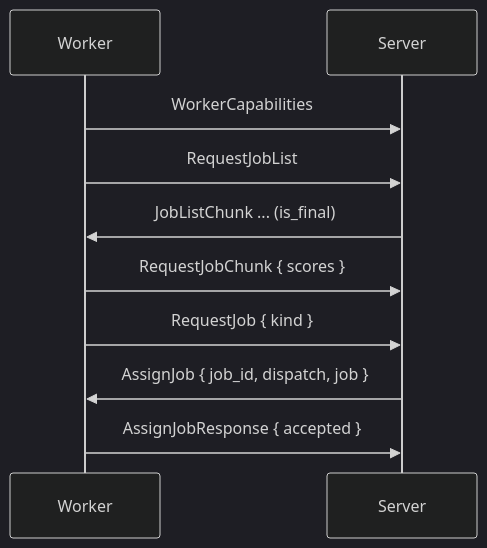
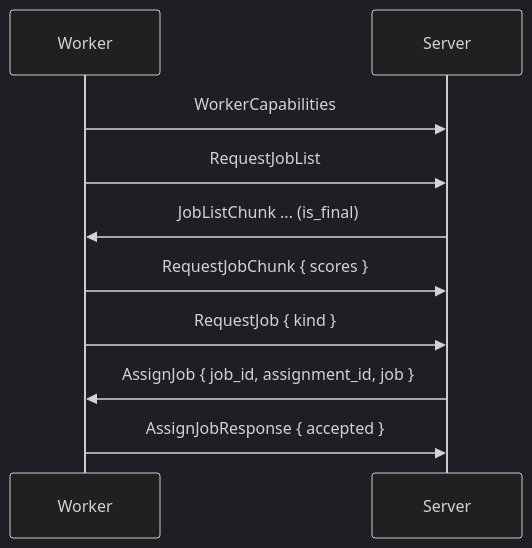
The diagram in docs/src/contributors/proto/capabilities-and-dispatch.md (wavelens/gradient), drawn with Mermaid (dark theme) before and after one commit. The commit also changed other lines of this file and 61 other files, not shown here.

````diff
--- a/docs/src/contributors/proto/capabilities-and-dispatch.md
+++ b/docs/src/contributors/proto/capabilities-and-dispatch.md
@@ -5,12 +5,12 @@
 ```mermaid
 sequenceDiagram
     participant W as Worker
     participant S as Server
     W->>S: WorkerCapabilities
     W->>S: RequestJobList
     S->>W: JobListChunk ... (is_final)
     W->>S: RequestJobChunk { scores }
     W->>S: RequestJob { kind }
-    S->>W: AssignJob { job_id, dispatch, job }
+    S->>W: AssignJob { job_id, assignment_id, job }
     W->>S: AssignJobResponse { accepted }
 ```
````
